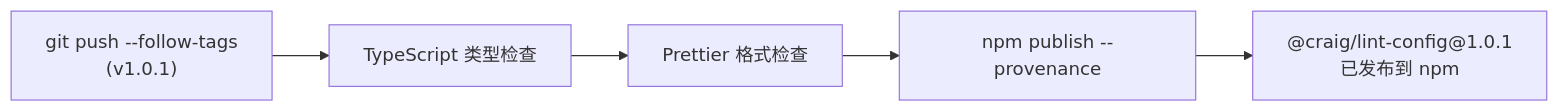
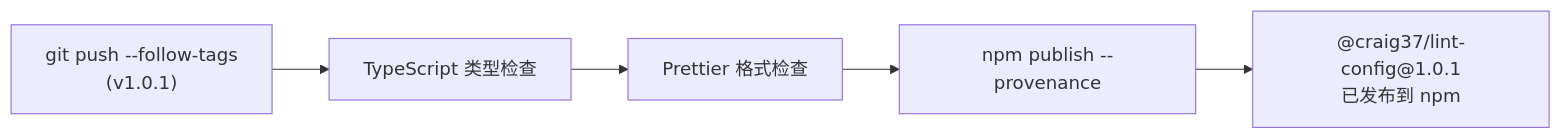
One commit to cg37/lint-config changed the second of 2 diagrams in README.md. Above: the diagram before and after it, drawn with Mermaid. The commit also changed other lines of this file and 8 other files, not shown here.

````diff
--- a/README.md
+++ b/README.md
@@ -348,7 +348,7 @@
 ```mermaid
 flowchart LR
     A["git push --follow-tags<br/>(v1.0.1)"] --> B[TypeScript 类型检查]
     B --> C[Prettier 格式检查]
     C --> D["npm publish --provenance"]
-    D --> E["@craig/lint-config@1.0.1<br/>已发布到 npm"]
+    D --> E["@craig37/lint-config@1.0.1<br/>已发布到 npm"]
 ```
````
